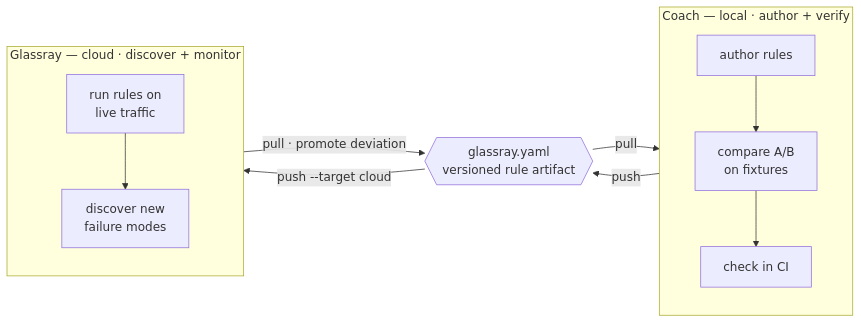
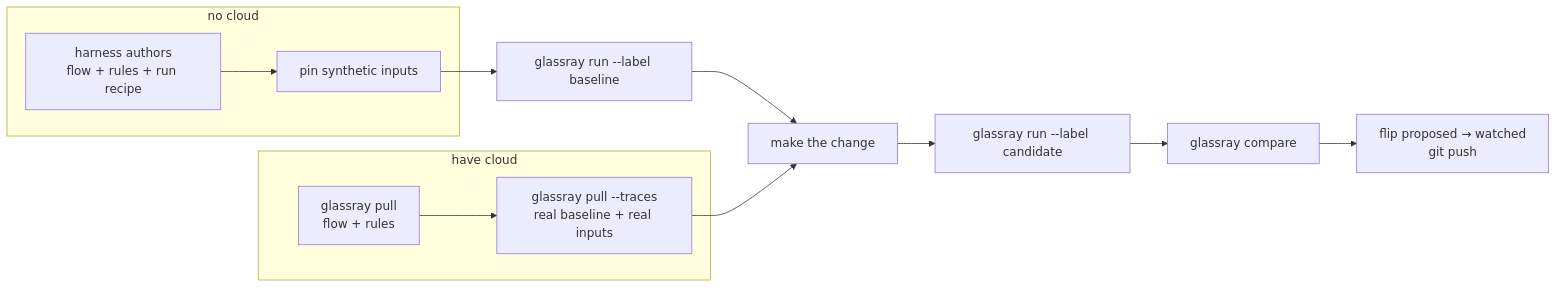
The diagram in docs/portable-rule-artifact.md (glassray/glassray-coach), drawn with Mermaid before and after one commit. The commit also changed other lines of this file and 40 other files, not shown here.

````diff
--- a/docs/portable-rule-artifact.md
+++ b/docs/portable-rule-artifact.md
@@ -33,16 +65,15 @@
 ```mermaid
 flowchart LR
-  subgraph L["Coach — local · author + verify"]
-    direction TB
-    a1["author rules"] --> a2["compare A/B<br/>on fixtures"] --> a3["check in CI"]
+  subgraph nocloud["no cloud"]
+    A[harness authors<br/>flow + rules + run recipe] --> B[pin synthetic inputs]
   end
-  art{{"glassray.yaml<br/>versioned rule artifact"}}
-  subgraph C["Glassray — cloud · discover + monitor"]
-    direction TB
-    c1["run rules on<br/>live traffic"] --> c2["discover new<br/>failure modes"]
+  subgraph cloud["have cloud"]
+    C[glassray pull<br/>flow + rules] --> D[glassray pull --traces<br/>real baseline + real inputs]
   end
-  L -->|push| art
-  art -->|"push --target cloud"| C
-  C -->|"pull · promote deviation"| art
-  art -->|pull| L
+  B --> E[glassray run --label baseline]
+  E --> F[make the change]
+  D --> F
+  F --> G[glassray run --label candidate]
+  G --> H[glassray compare]
+  H --> I[flip proposed → watched<br/>git push]
 ```
````
